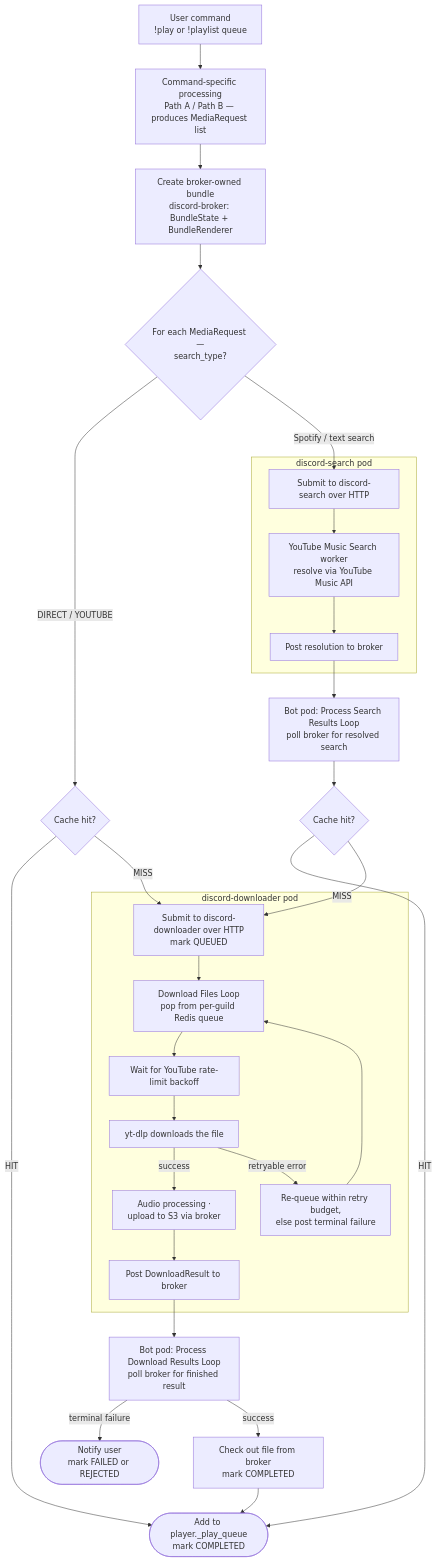
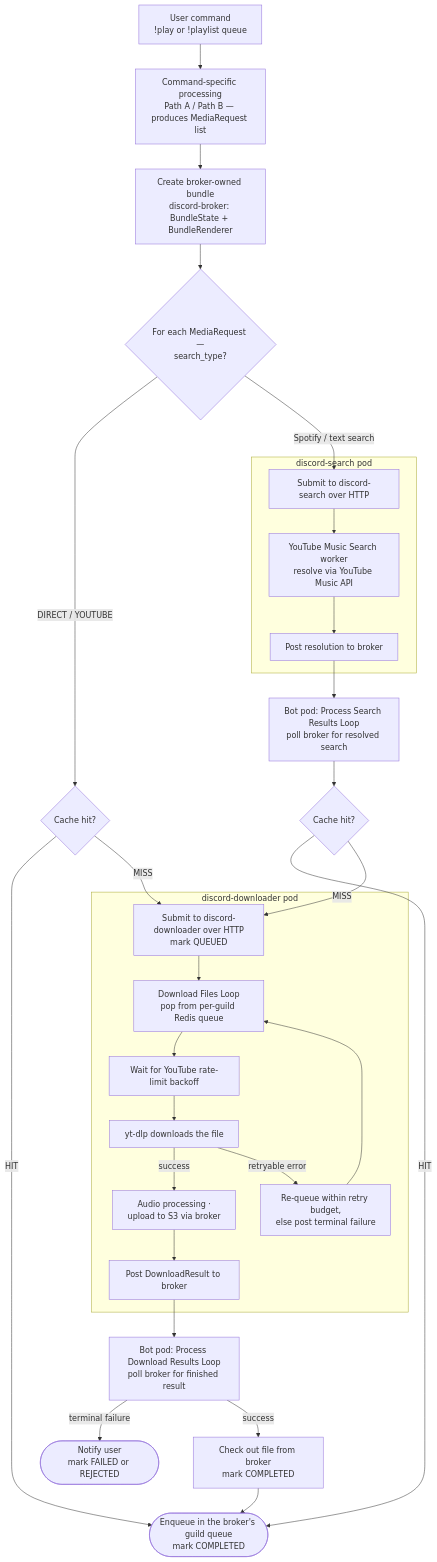
One commit to tnoff/discord-bot changed the diagram in docs/music/flow.md. Above: the diagram before and after it, drawn with Mermaid. The commit also changed other lines of this file and 7 other files, not shown here.

First line of the commit message:
chore: save the session before stopping the loop; docs for the broker queue (#1048) (#1061)

````diff
--- a/docs/music/flow.md
+++ b/docs/music/flow.md
@@ -13,38 +13,38 @@
 ```mermaid
 flowchart TD
     CMD["User command<br/>!play or !playlist queue"] --> CONVERGE["Command-specific processing<br/>Path A / Path B — produces MediaRequest list"]
     CONVERGE --> BUNDLE["Create broker-owned bundle<br/>discord-broker: BundleState + BundleRenderer"]
     BUNDLE --> ROUTE{"For each MediaRequest —<br/>search_type?"}
 
     ROUTE -->|"DIRECT / YOUTUBE"| CACHE1{"Cache hit?"}
-    CACHE1 -->|HIT| PLAYQ(["Add to player._play_queue<br/>mark COMPLETED"])
+    CACHE1 -->|HIT| PLAYQ(["Enqueue in the broker's guild queue<br/>mark COMPLETED"])
     CACHE1 -->|MISS| DLSUBMIT["Submit to discord-downloader over HTTP<br/>mark QUEUED"]
 
     ROUTE -->|"Spotify / text search"| SEARCHSUBMIT["Submit to discord-search over HTTP"]
 
     subgraph SEARCH["discord-search pod"]
         SEARCHSUBMIT --> YTMSEARCH["YouTube Music Search worker<br/>resolve via YouTube Music API"]
         YTMSEARCH --> POSTSEARCH["Post resolution to broker"]
     end
 
     POSTSEARCH --> PSRLOOP["Bot pod: Process Search Results Loop<br/>poll broker for resolved search"]
     PSRLOOP --> CACHE2{"Cache hit?"}
     CACHE2 -->|HIT| PLAYQ
     CACHE2 -->|MISS| DLSUBMIT
 
     subgraph DOWNLOAD["discord-downloader pod"]
         DLLOOP["Download Files Loop<br/>pop from per-guild Redis queue"]
         DLSUBMIT --> DLLOOP
         DLLOOP --> BACKOFF["Wait for YouTube rate-limit backoff"]
         BACKOFF --> YTDLP["yt-dlp downloads the file"]
         YTDLP -->|success| UPLOAD["Audio processing ·<br/>upload to S3 via broker"]
         YTDLP -->|retryable error| RETRY["Re-queue within retry budget,<br/>else post terminal failure"]
         RETRY --> DLLOOP
         UPLOAD --> POSTRESULT["Post DownloadResult to broker"]
     end
 
     POSTRESULT --> PDRLOOP["Bot pod: Process Download Results Loop<br/>poll broker for finished result"]
     PDRLOOP -->|terminal failure| FAIL(["Notify user<br/>mark FAILED or REJECTED"])
     PDRLOOP -->|success| CHECKOUT["Check out file from broker<br/>mark COMPLETED"]
     CHECKOUT --> PLAYQ
 ```
````
